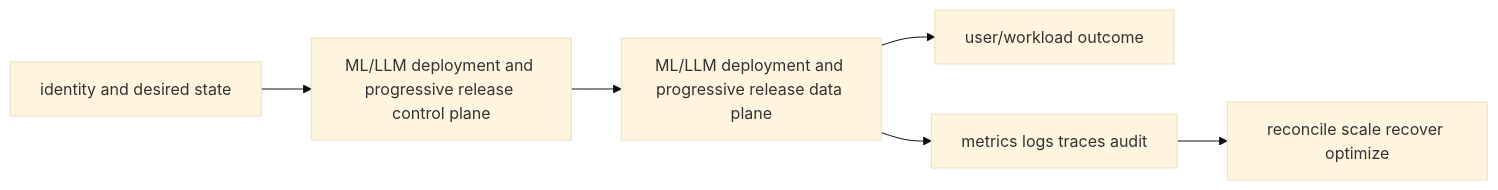
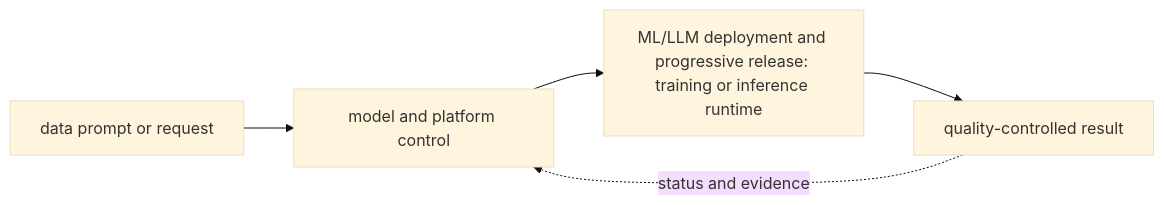
One commit to tomkidumbuyo/DevOps-interview-preparation changed the diagram in 11-ai-platform/08-mlops-and-llmops-lifecycle/13-deployment-progressive-release/README.md. Above: the diagram before and after it, drawn with Mermaid (base theme). The commit also changed other lines of this file and 753 other files, not shown here.

````diff
--- a/11-ai-platform/08-mlops-and-llmops-lifecycle/13-deployment-progressive-release/README.md
+++ b/11-ai-platform/08-mlops-and-llmops-lifecycle/13-deployment-progressive-release/README.md
@@ -19,8 +31,7 @@
 ```mermaid
 flowchart LR
-  I[identity and desired state] --> C[ML/LLM deployment and progressive release control plane]
-  C --> D[ML/LLM deployment and progressive release data plane]
-  D --> U[user/workload outcome]
-  D --> O[metrics logs traces audit]
-  O --> R[reconcile scale recover optimize]
+  A["data prompt or request"] --> B["model and platform control"]
+  B --> C["ML/LLM deployment and progressive release: training or inference runtime"]
+  C --> D["quality-controlled result"]
+  D -. "status and evidence" .-> B
 ```
````
